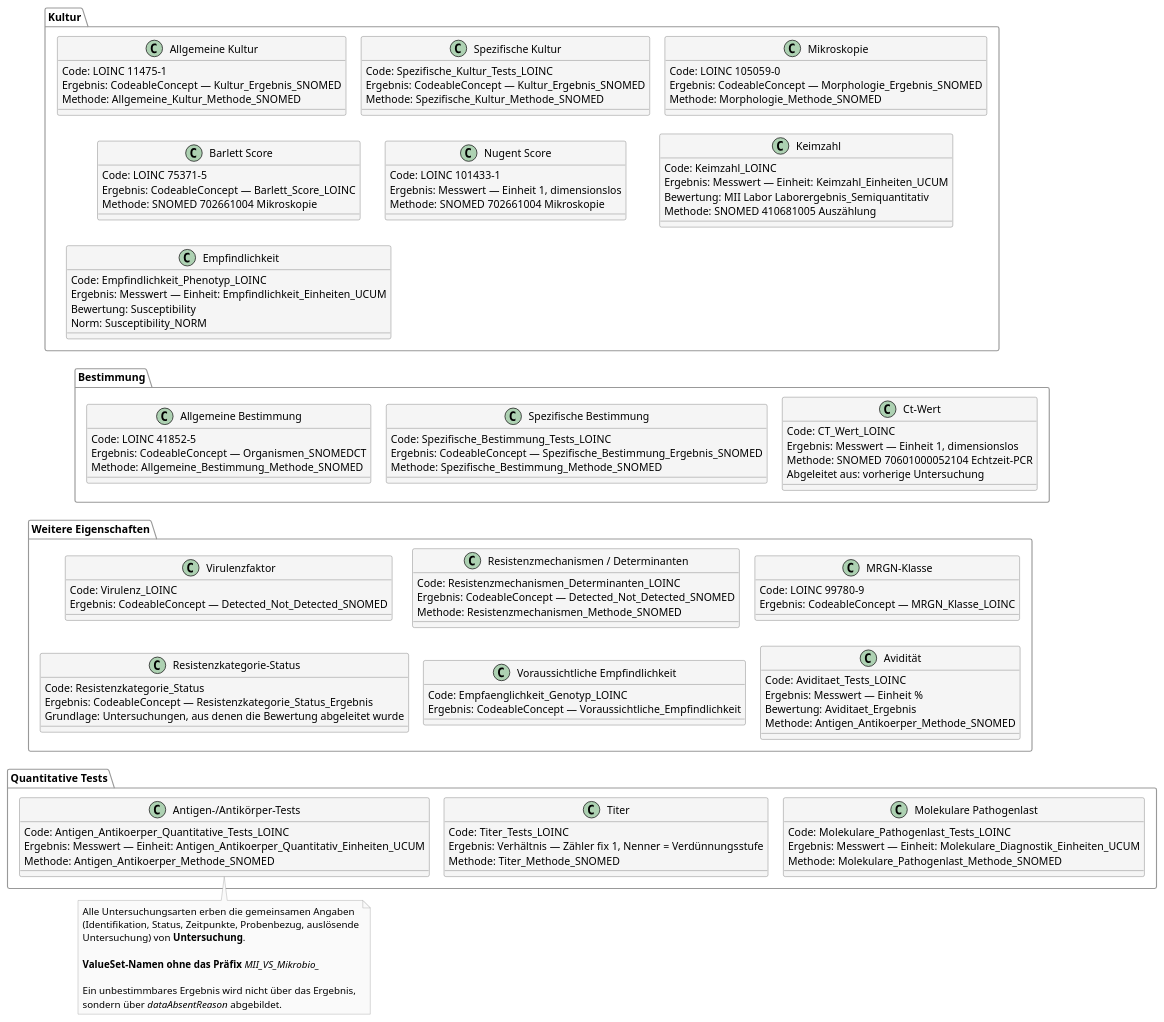
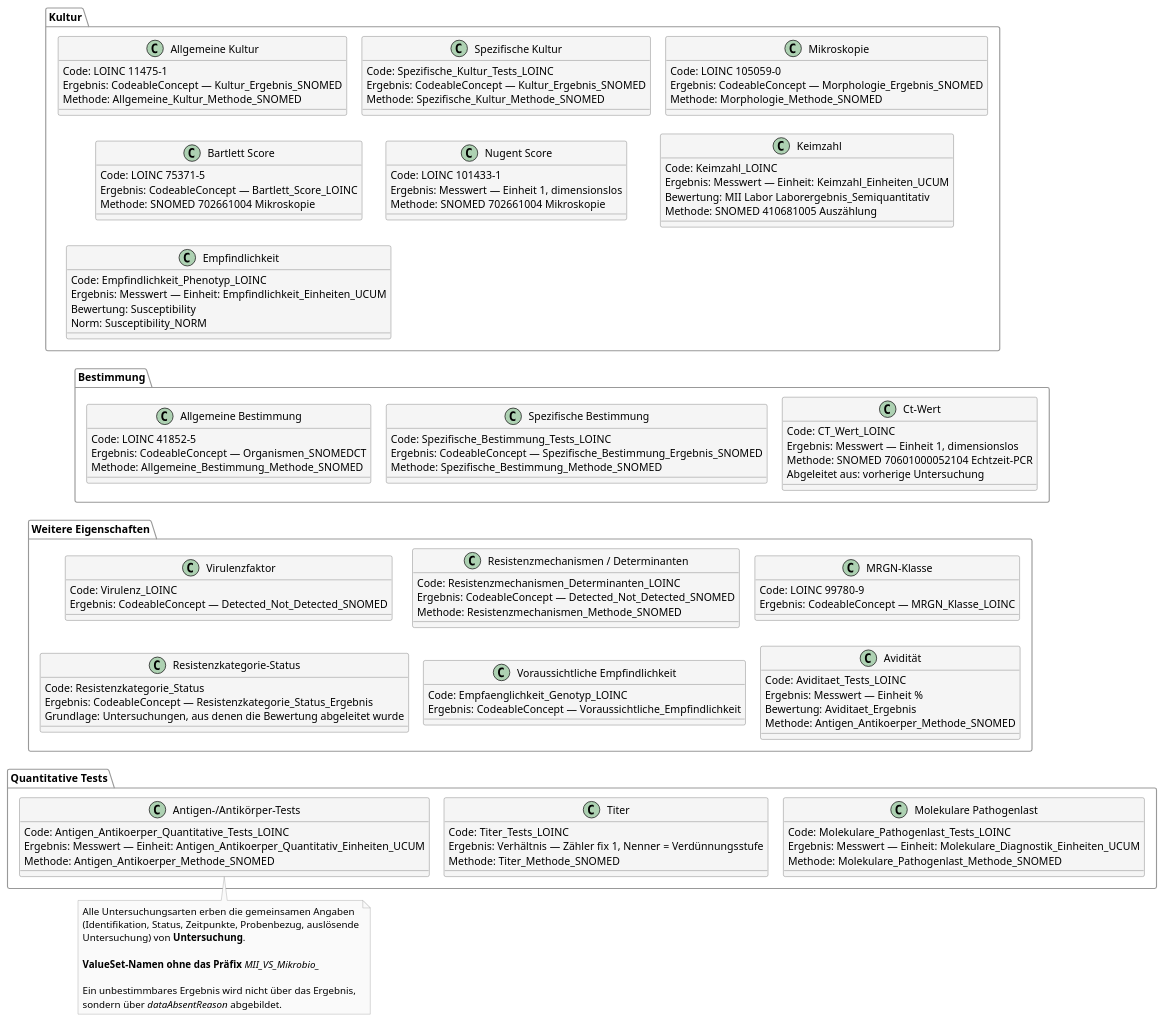
Before and after one commit to medizininformatik-initiative/kerndatensatzmodul-mikrobiologie: the diagram in input/images-source/mii-mikrobio-untersuchungsarten.puml, drawn with PlantUML. The commit also changed 140 other files, not shown here.

```diff
--- a/input/images-source/mii-mikrobio-untersuchungsarten.puml
+++ b/input/images-source/mii-mikrobio-untersuchungsarten.puml
@@ -1,189 +1,189 @@
 @startuml
 ' Falls Graphviz die Kaesten weiterhin nicht sauber ausrichtet: naechste Zeile
 ' einkommentieren. ELK legt Raster deutlich buendiger, rendert Pakete aber anders.
 '!pragma layout elk
 
 ' Informationsmodell Mikrobiologie 2027 - Untersuchungsarten
 ' Abgeleitet aus dem Logical Model mii-lm-mikrobio-untersuchungsarten und den
 ' Terminologiebindungen der zugehoerigen Profile.
 '
 ' Alle Auspraegungen erben die gemeinsamen Angaben von Untersuchung
 ' (siehe mii-mikrobio-informationsmodell.puml). Ohne Vererbungskanten gezeichnet,
 ' damit die vier Gruppen kompakt in Zeilen umbrechen.
 
 skinparam shadowing false
 skinparam classAttributeIconSize 0
 skinparam nodesep 20
 skinparam ranksep 25
 
 skinparam package {
   BorderColor #999999
   BackgroundColor #FFFFFF
   FontStyle bold
 }
 
 skinparam class {
   BorderColor #666666
   BackgroundColor #F5F5F5
   FontStyle bold
   AttributeFontStyle plain
 }
 
 skinparam note {
   BorderColor #999999
   BackgroundColor #FAFAFA
 }
 
 package "Kultur" {
   class "Allgemeine Kultur" as AllgemeineKultur {
     Code: LOINC 11475-1
     Ergebnis: CodeableConcept — Kultur_Ergebnis_SNOMED
     Methode: Allgemeine_Kultur_Methode_SNOMED
   }
   class "Spezifische Kultur" as SpezifischeKultur {
     Code: Spezifische_Kultur_Tests_LOINC
     Ergebnis: CodeableConcept — Kultur_Ergebnis_SNOMED
     Methode: Spezifische_Kultur_Methode_SNOMED
   }
   class Mikroskopie {
     Code: LOINC 105059-0
     Ergebnis: CodeableConcept — Morphologie_Ergebnis_SNOMED
     Methode: Morphologie_Methode_SNOMED
   }
-  class "Barlett Score" as BarlettScore {
+  class "Bartlett Score" as BartlettScore {
     Code: LOINC 75371-5
-    Ergebnis: CodeableConcept — Barlett_Score_LOINC
+    Ergebnis: CodeableConcept — Bartlett_Score_LOINC
     Methode: SNOMED 702661004 Mikroskopie
   }
   class "Nugent Score" as NugentScore {
     Code: LOINC 101433-1
     Ergebnis: Messwert — Einheit 1, dimensionslos
     Methode: SNOMED 702661004 Mikroskopie
   }
   class Keimzahl {
     Code: Keimzahl_LOINC
     Ergebnis: Messwert — Einheit: Keimzahl_Einheiten_UCUM
     Bewertung: MII Labor Laborergebnis_Semiquantitativ
     Methode: SNOMED 410681005 Auszählung
   }
   class Empfindlichkeit {
     Code: Empfindlichkeit_Phenotyp_LOINC
     Ergebnis: Messwert — Einheit: Empfindlichkeit_Einheiten_UCUM
     Bewertung: Susceptibility
     Norm: Susceptibility_NORM
   }
   ' Zeilen
   AllgemeineKultur -[hidden]right- SpezifischeKultur
   SpezifischeKultur -[hidden]right- Mikroskopie
-  BarlettScore -[hidden]right- NugentScore
+  BartlettScore -[hidden]right- NugentScore
   NugentScore -[hidden]right- Keimzahl
   ' Spalten: je eine Kante pro Spalte, sonst wird die naechste Zeile zentriert
-  AllgemeineKultur -[hidden]down- BarlettScore
+  AllgemeineKultur -[hidden]down- BartlettScore
   SpezifischeKultur -[hidden]down- NugentScore
   Mikroskopie -[hidden]down- Keimzahl
-  BarlettScore -[hidden]down- Empfindlichkeit
+  BartlettScore -[hidden]down- Empfindlichkeit
 }
 
 package "Bestimmung" {
   class "Allgemeine Bestimmung" as AllgemeineBestimmung {
     Code: LOINC 41852-5
     Ergebnis: CodeableConcept — Organismen_SNOMEDCT
     Methode: Allgemeine_Bestimmung_Methode_SNOMED
   }
   class "Spezifische Bestimmung" as SpezifischeBestimmung {
     Code: Spezifische_Bestimmung_Tests_LOINC
     Ergebnis: CodeableConcept — Spezifische_Bestimmung_Ergebnis_SNOMED
     Methode: Spezifische_Bestimmung_Methode_SNOMED
   }
   class "Ct-Wert" as CtWert {
     Code: CT_Wert_LOINC
     Ergebnis: Messwert — Einheit 1, dimensionslos
     Methode: SNOMED 70601000052104 Echtzeit-PCR
     Abgeleitet aus: vorherige Untersuchung
   }
   AllgemeineBestimmung -[hidden]right- SpezifischeBestimmung
   SpezifischeBestimmung -[hidden]right- CtWert
 }
 
 package "Weitere Eigenschaften" {
   class Virulenzfaktor {
     Code: Virulenz_LOINC
     Ergebnis: CodeableConcept — Detected_Not_Detected_SNOMED
   }
   class "Resistenzmechanismen / Determinanten" as Resistenzmechanismen {
     Code: Resistenzmechanismen_Determinanten_LOINC
     Ergebnis: CodeableConcept — Detected_Not_Detected_SNOMED
     Methode: Resistenzmechanismen_Methode_SNOMED
   }
   class "MRGN-Klasse" as MRGNKlasse {
     Code: LOINC 99780-9
     Ergebnis: CodeableConcept — MRGN_Klasse_LOINC
   }
   class "Resistenzkategorie-Status" as ResistenzkategorieStatus {
     Code: Resistenzkategorie_Status
     Ergebnis: CodeableConcept — Resistenzkategorie_Status_Ergebnis
     Grundlage: Untersuchungen, aus denen die Bewertung abgeleitet wurde
   }
   class "Voraussichtliche Empfindlichkeit" as VoraussichtlicheEmpfindlichkeit {
     Code: Empfaenglichkeit_Genotyp_LOINC
     Ergebnis: CodeableConcept — Voraussichtliche_Empfindlichkeit
   }
   class "Avidität" as Aviditaet {
     Code: Aviditaet_Tests_LOINC
     Ergebnis: Messwert — Einheit %
     Bewertung: Aviditaet_Ergebnis
     Methode: Antigen_Antikoerper_Methode_SNOMED
   }
   ' Zeilen
   Virulenzfaktor -[hidden]right- Resistenzmechanismen
   Resistenzmechanismen -[hidden]right- MRGNKlasse
   ResistenzkategorieStatus -[hidden]right- VoraussichtlicheEmpfindlichkeit
   VoraussichtlicheEmpfindlichkeit -[hidden]right- Aviditaet
   ' Spalten
   Virulenzfaktor -[hidden]down- ResistenzkategorieStatus
   Resistenzmechanismen -[hidden]down- VoraussichtlicheEmpfindlichkeit
   MRGNKlasse -[hidden]down- Aviditaet
 }
 
 package "Quantitative Tests" {
   class "Antigen-/Antikörper-Tests" as AntigenAntikoerper {
     Code: Antigen_Antikoerper_Quantitative_Tests_LOINC
     Ergebnis: Messwert — Einheit: Antigen_Antikoerper_Quantitativ_Einheiten_UCUM
     Methode: Antigen_Antikoerper_Methode_SNOMED
   }
   class Titer {
     Code: Titer_Tests_LOINC
     Ergebnis: Verhältnis — Zähler fix 1, Nenner = Verdünnungsstufe
     Methode: Titer_Methode_SNOMED
   }
   class "Molekulare Pathogenlast" as MolekularePathogenlast {
     Code: Molekulare_Pathogenlast_Tests_LOINC
     Ergebnis: Messwert — Einheit: Molekulare_Diagnostik_Einheiten_UCUM
     Methode: Molekulare_Pathogenlast_Methode_SNOMED
   }
   AntigenAntikoerper -[hidden]right- Titer
   Titer -[hidden]right- MolekularePathogenlast
 }
 
 ' Pakete untereinander stapeln. Ohne diese Kanten stellt Graphviz die vier
 ' Pakete nebeneinander, weil sie untereinander keine Verbindung haben.
 ' Die Kanten muessen durchgehend an der linken Spalte ansetzen, sonst richtet
 ' Graphviz die verbundenen Knoten aneinander aus und die Pakete treppen nach rechts.
 Empfindlichkeit -[hidden]down- AllgemeineBestimmung
 AllgemeineBestimmung -[hidden]down- Virulenzfaktor
 ResistenzkategorieStatus -[hidden]down- AntigenAntikoerper
 
 note as N
   Alle Untersuchungsarten erben die gemeinsamen Angaben
   (Identifikation, Status, Zeitpunkte, Probenbezug, auslösende
   Untersuchung) von **Untersuchung**.
 
   **ValueSet-Namen ohne das Präfix** //MII_VS_Mikrobio_//
 
   Ein unbestimmbares Ergebnis wird nicht über das Ergebnis,
   sondern über //dataAbsentReason// abgebildet.
 end note
 
 AntigenAntikoerper -[hidden]down- N
 
 @enduml
```
